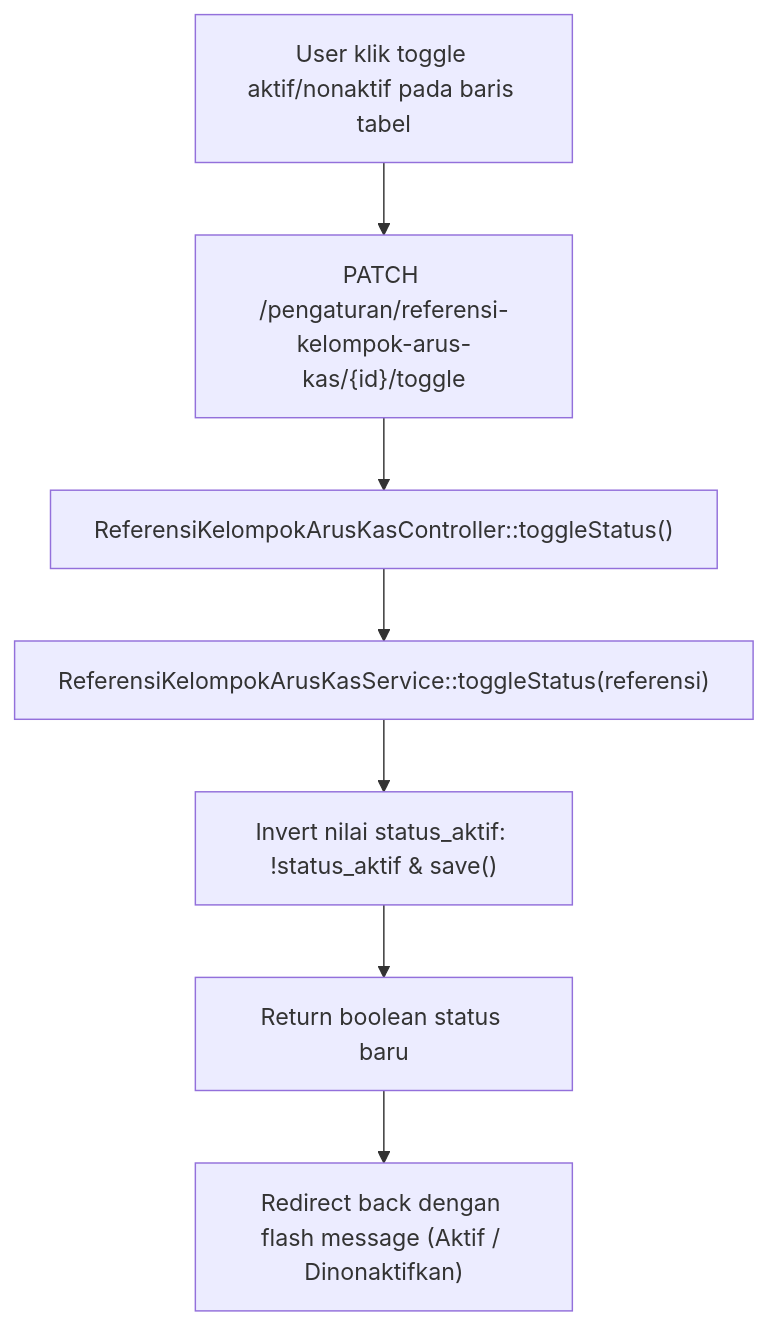
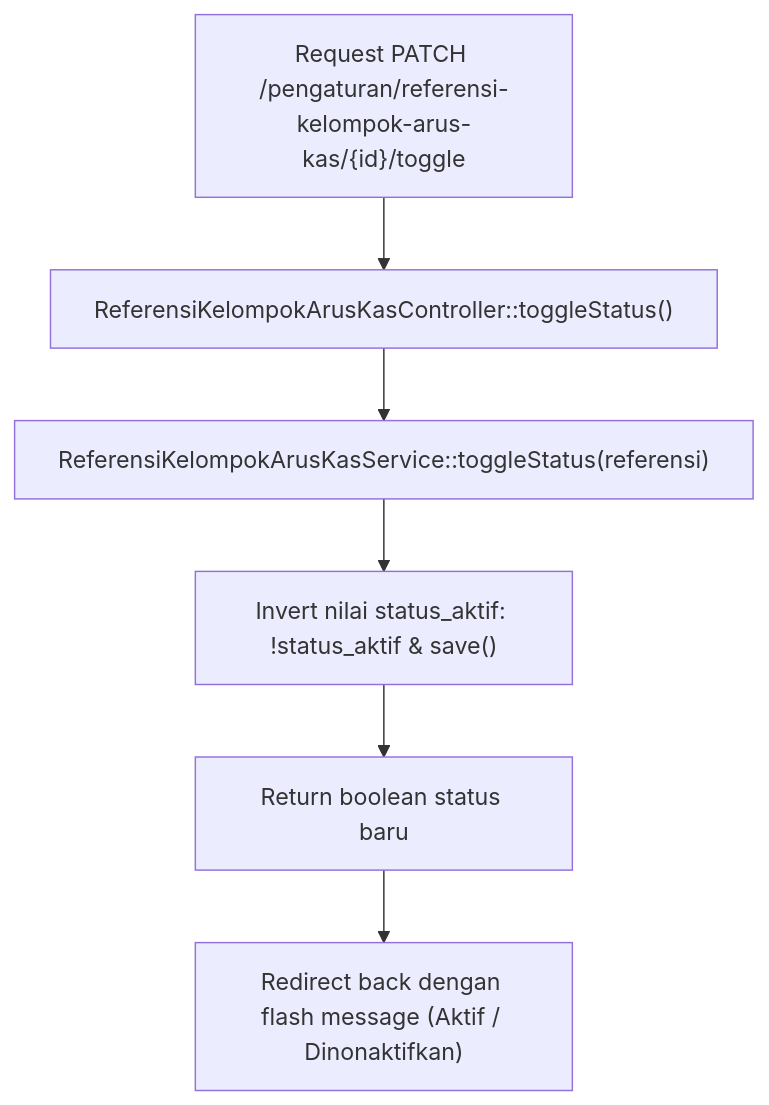
Before and after one commit to AltamaSidoarjo/laravel-siakurat-pt-smt: the fifth of 6 diagrams in dokumentasi/pengaturan-referensi-kelompok-arus-kas.md, drawn with Mermaid. The commit also changed other lines of this file and 1 other file, not shown here.

Commit message:
docs(arus-kas): update documentation for pengaturan arus kas and referensi kelompok arus kas

````diff
--- a/dokumentasi/pengaturan-referensi-kelompok-arus-kas.md
+++ b/dokumentasi/pengaturan-referensi-kelompok-arus-kas.md
@@ -229,9 +277,8 @@
 ```mermaid
 flowchart TD
-    A["User klik toggle aktif/nonaktif pada baris tabel"] --> B["PATCH /pengaturan/referensi-kelompok-arus-kas/{id}/toggle"]
-    B --> C["ReferensiKelompokArusKasController::toggleStatus()"]
-    C --> D["ReferensiKelompokArusKasService::toggleStatus(referensi)"]
-    D --> E["Invert nilai status_aktif: !status_aktif & save()"]
-    E --> F["Return boolean status baru"]
-    F --> G["Redirect back dengan flash message (Aktif / Dinonaktifkan)"]
+    A["Request PATCH /pengaturan/referensi-kelompok-arus-kas/{id}/toggle"] --> B["ReferensiKelompokArusKasController::toggleStatus()"]
+    B --> C["ReferensiKelompokArusKasService::toggleStatus(referensi)"]
+    C --> D["Invert nilai status_aktif: !status_aktif & save()"]
+    D --> E["Return boolean status baru"]
+    E --> F["Redirect back dengan flash message (Aktif / Dinonaktifkan)"]
 ```
````
